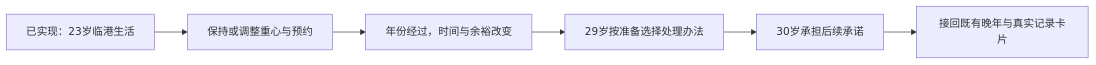
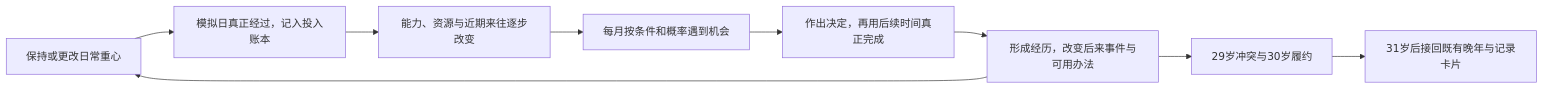
The diagram in README.md (yuki-uix/life-sim-product-study), drawn with Mermaid before and after one commit. The commit also changed other lines of this file and 14 other files, not shown here.

````diff
--- a/README.md
+++ b/README.md
@@ -22,8 +21,11 @@
 ```mermaid
 flowchart LR
-    A[已实现：23岁临港生活] --> B[保持或调整重心与预约]
-    B --> C[年份经过，时间与余裕改变]
-    C --> D[29岁按准备选择处理办法]
-    D --> E[30岁承担后续承诺]
-    E --> F[接回既有晚年与真实记录卡片]
+    A[保持或更改日常重心] --> B[模拟日真正经过，记入投入账本]
+    B --> C[能力、资源与近期来往逐步改变]
+    C --> D[每月按条件和概率遇到机会]
+    D --> E[作出决定，再用后续时间真正完成]
+    E --> F[形成经历，改变后来事件与可用办法]
+    F --> A
+    F --> G[29岁冲突与30岁履约]
+    G --> H[31岁后接回既有晚年与记录卡片]
 ```
````
